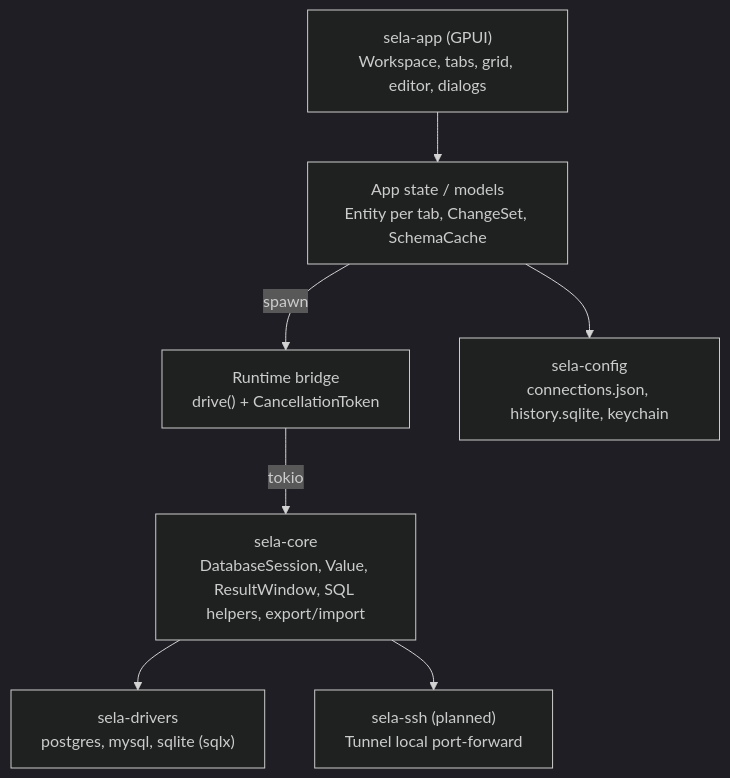
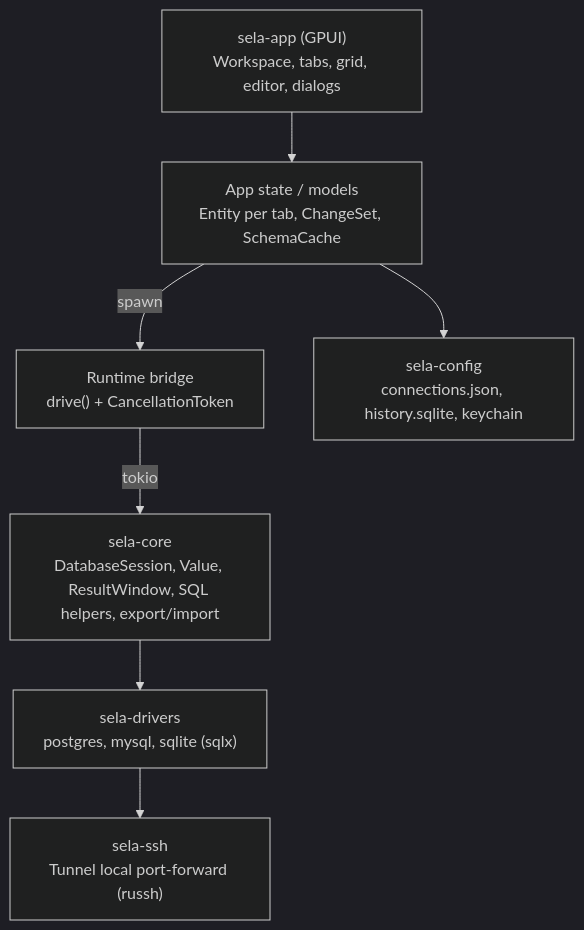
The diagram in docs/dev/architecture.md (nesso99/sela), drawn with Mermaid (dark theme) before and after one commit. The commit also changed other lines of this file and 30 other files, not shown here.

First line of the commit message:
feat(ssh): M3-1 SSH tunnel via sela-ssh (russh) (#113)

````diff
--- a/docs/dev/architecture.md
+++ b/docs/dev/architecture.md
@@ -9,17 +9,17 @@
 ```mermaid
 flowchart TB
   ui["sela-app (GPUI)<br/>Workspace, tabs, grid, editor, dialogs"]
   state["App state / models<br/>Entity per tab, ChangeSet, SchemaCache"]
   bridge["Runtime bridge<br/>drive() + CancellationToken"]
   core["sela-core<br/>DatabaseSession, Value, ResultWindow, SQL helpers, export/import"]
   drivers["sela-drivers<br/>postgres, mysql, sqlite (sqlx)"]
-  ssh["sela-ssh (planned)<br/>Tunnel local port-forward"]
+  ssh["sela-ssh<br/>Tunnel local port-forward (russh)"]
   cfg["sela-config<br/>connections.json, history.sqlite, keychain"]
 
   ui --> state
   state -->|"spawn"| bridge
   bridge -->|"tokio"| core
   core --> drivers
-  core --> ssh
+  drivers --> ssh
   state --> cfg
 ```
````
